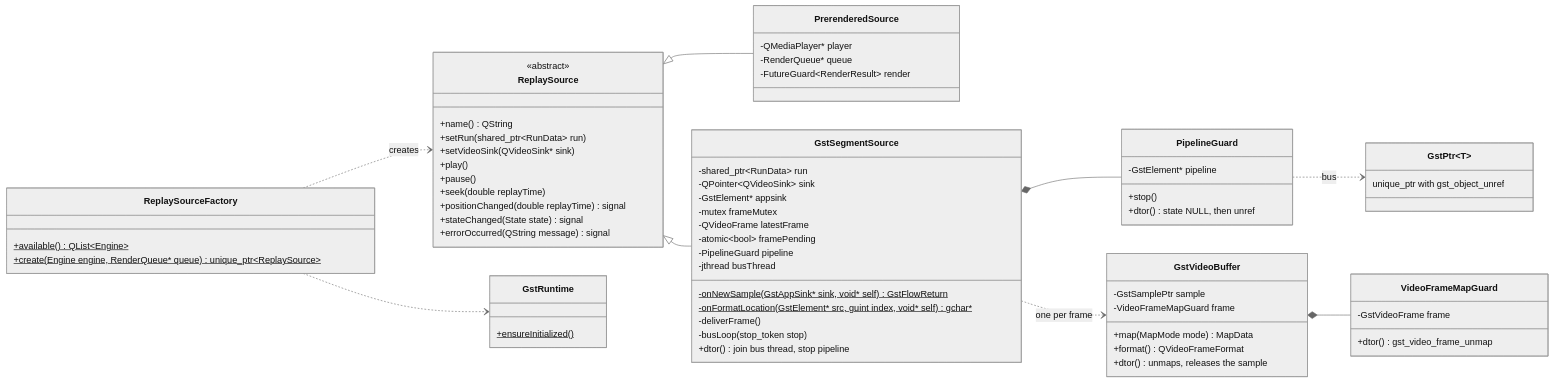
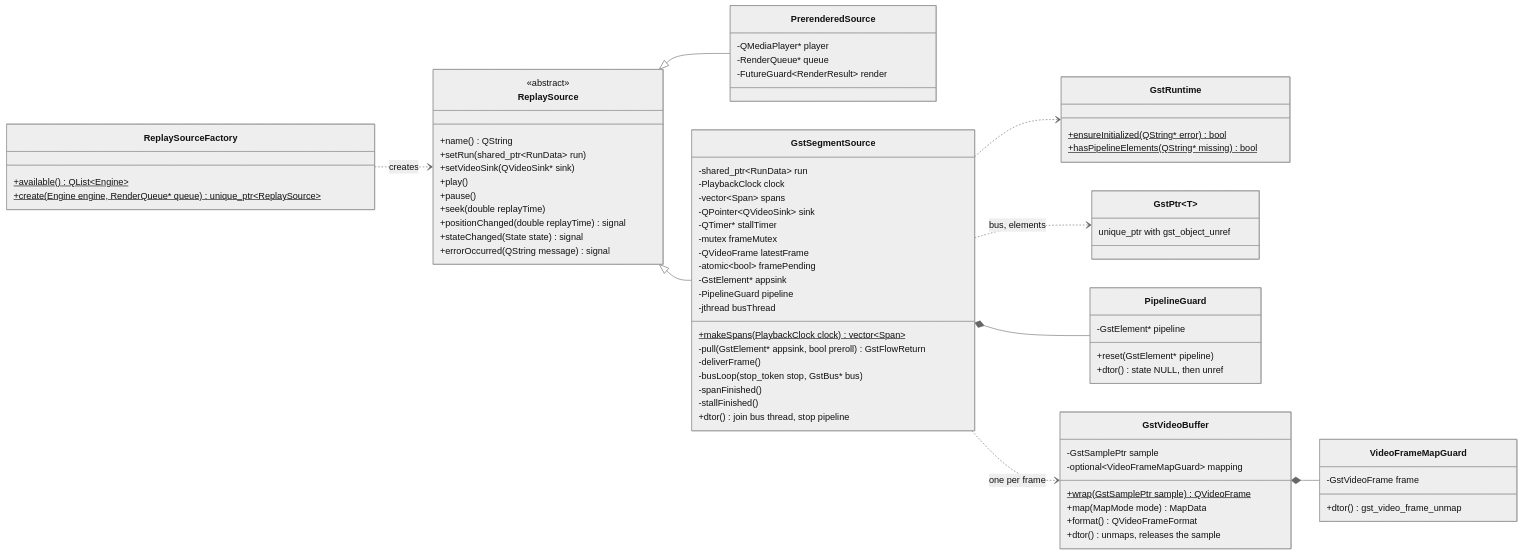
One commit to muhammadadeelzahid/replay-lab changed the second of 4 diagrams in docs/diagrams.md. Above: the diagram before and after it, drawn with Mermaid (neutral theme). The commit also changed other lines of this file and 19 other files, not shown here.

````diff
--- a/docs/diagrams.md
+++ b/docs/diagrams.md
@@ -201,71 +201,78 @@
 ```mermaid
 classDiagram
   direction LR
 
   class ReplaySource {
     <<abstract>>
     +name() QString
     +setRun(shared_ptr~RunData~ run)
     +setVideoSink(QVideoSink* sink)
     +play()
     +pause()
     +seek(double replayTime)
     +positionChanged(double replayTime) signal
     +stateChanged(State state) signal
     +errorOccurred(QString message) signal
   }
   class PrerenderedSource {
     -QMediaPlayer* player
     -RenderQueue* queue
     -FutureGuard~RenderResult~ render
   }
   class GstSegmentSource {
     -shared_ptr~RunData~ run
+    -PlaybackClock clock
+    -vector~Span~ spans
     -QPointer~QVideoSink~ sink
-    -GstElement* appsink
+    -QTimer* stallTimer
     -mutex frameMutex
     -QVideoFrame latestFrame
     -atomic~bool~ framePending
+    -GstElement* appsink
     -PipelineGuard pipeline
     -jthread busThread
-    -onNewSample(GstAppSink* sink, void* self)$ GstFlowReturn
-    -onFormatLocation(GstElement* src, guint index, void* self)$ gchar*
+    +makeSpans(PlaybackClock clock)$ vector~Span~
+    -pull(GstElement* appsink, bool preroll) GstFlowReturn
     -deliverFrame()
-    -busLoop(stop_token stop)
+    -busLoop(stop_token stop, GstBus* bus)
+    -spanFinished()
+    -stallFinished()
     +dtor() join bus thread, stop pipeline
   }
   class ReplaySourceFactory {
     +available()$ QList~Engine~
     +create(Engine engine, RenderQueue* queue)$ unique_ptr~ReplaySource~
   }
   class GstRuntime {
-    +ensureInitialized()$
+    +ensureInitialized(QString* error)$ bool
+    +hasPipelineElements(QString* missing)$ bool
   }
   class GstPtr~T~ {
     unique_ptr with gst_object_unref
   }
   class PipelineGuard {
     -GstElement* pipeline
-    +stop()
+    +reset(GstElement* pipeline)
     +dtor() state NULL, then unref
   }
   class GstVideoBuffer {
     -GstSamplePtr sample
-    -VideoFrameMapGuard frame
+    -optional~VideoFrameMapGuard~ mapping
+    +wrap(GstSamplePtr sample)$ QVideoFrame
     +map(MapMode mode) MapData
     +format() QVideoFrameFormat
     +dtor() unmaps, releases the sample
   }
   class VideoFrameMapGuard {
     -GstVideoFrame frame
     +dtor() gst_video_frame_unmap
   }
   ReplaySource <|-- PrerenderedSource
   ReplaySource <|-- GstSegmentSource
   ReplaySourceFactory ..> ReplaySource : creates
-  ReplaySourceFactory ..> GstRuntime
+  GstSegmentSource ..> GstRuntime
   GstSegmentSource *-- PipelineGuard
   GstSegmentSource ..> GstVideoBuffer : one per frame
   GstVideoBuffer *-- VideoFrameMapGuard
-  PipelineGuard ..> GstPtr : bus
+  GstSegmentSource ..> GstPtr : bus, elements
 ```
````
